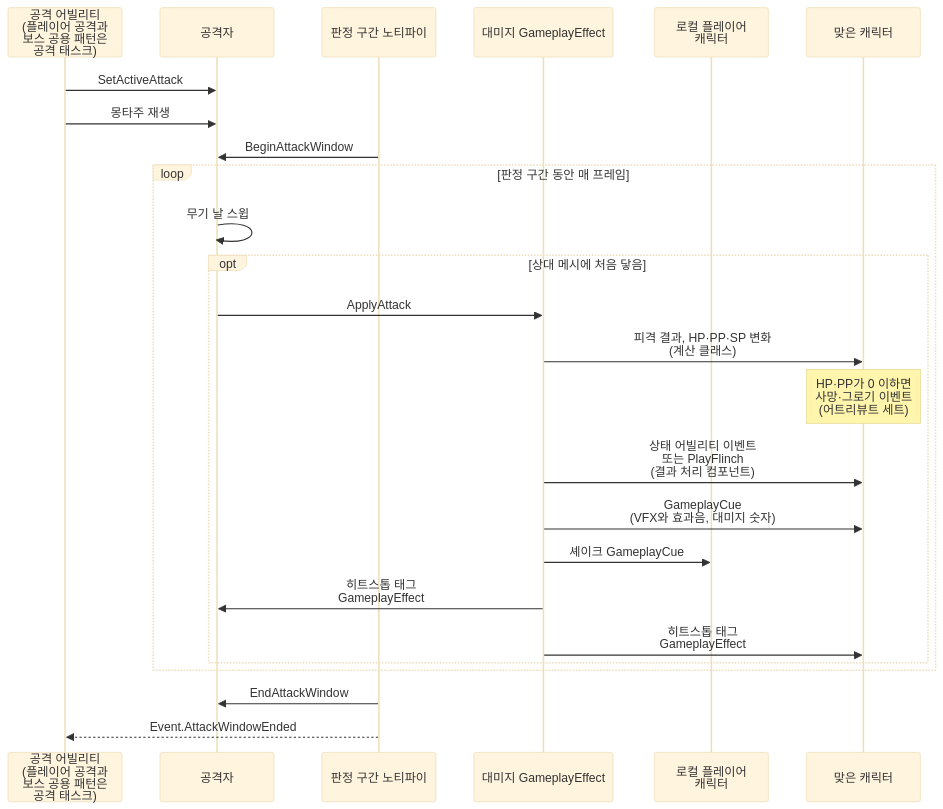
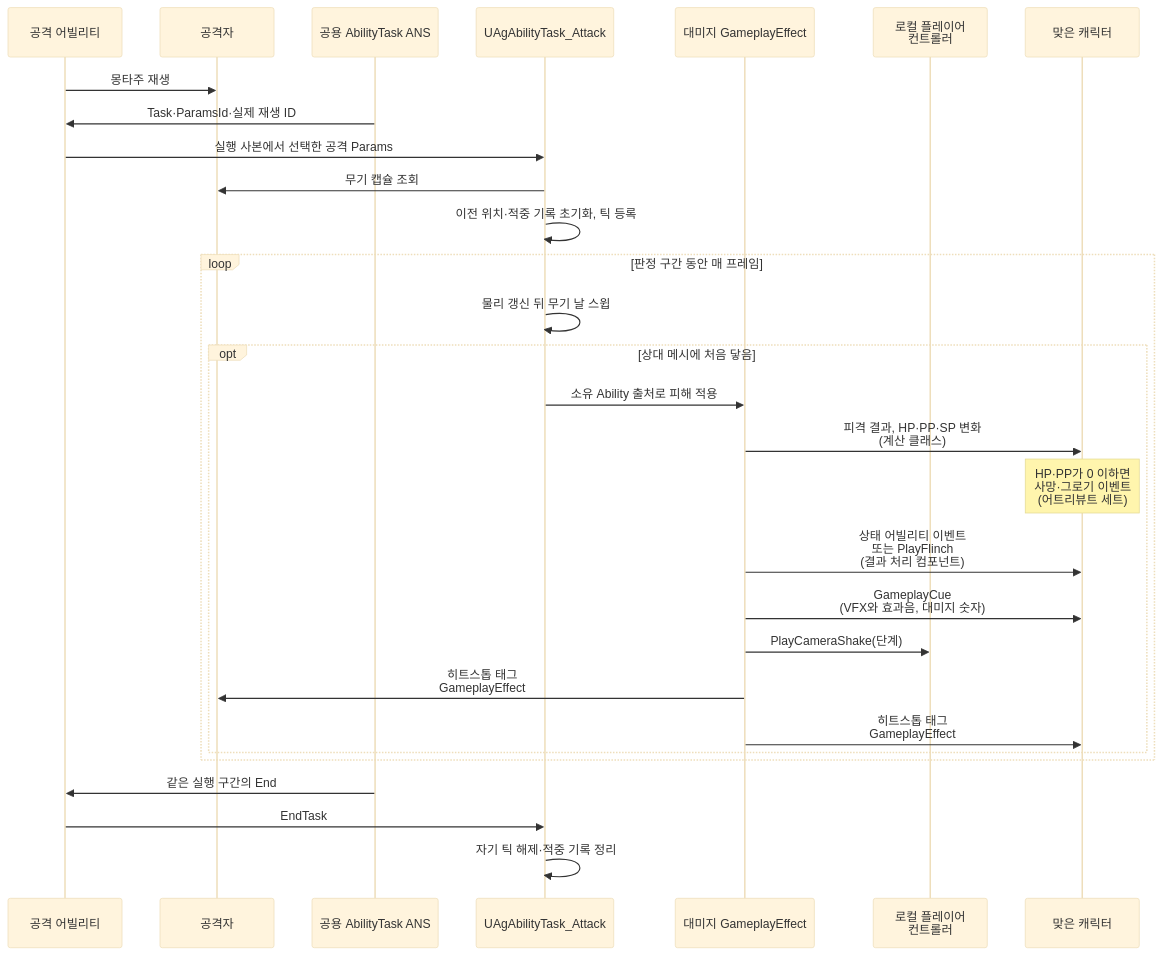
One commit to Woogl/Ag changed the third of 3 diagrams in Docs/Program/대미지와 피격 처리.md. Above: the diagram before and after it, drawn with Mermaid (base theme). The commit also changed other lines of this file and 241 other files, not shown here.

Commit message:
구현: 행동을 단일 어빌리티와 AbilityTask 기능으로 재구성

````diff
--- a/Docs/Program/대미지와 피격 처리.md
+++ b/Docs/Program/대미지와 피격 처리.md
@@ -74,27 +71,31 @@
 ```mermaid
 sequenceDiagram
-    participant GA as 공격 어빌리티<br>(플레이어 공격과<br>보스 공용 패턴은<br>공격 태스크)
+    participant GA as 공격 어빌리티
     participant A as 공격자
-    participant N as 판정 구간 노티파이
+    participant N as 공용 AbilityTask ANS
+    participant AT as UAgAbilityTask_Attack
     participant G as 대미지 GameplayEffect
-    participant P as 로컬 플레이어<br>캐릭터
+    participant P as 로컬 플레이어<br>컨트롤러
     participant T as 맞은 캐릭터
-    GA->>A: SetActiveAttack
     GA->>A: 몽타주 재생
-    N->>A: BeginAttackWindow
+    N->>GA: Task·ParamsId·실제 재생 ID
+    GA->>AT: 실행 사본에서 선택한 공격 Params
+    AT->>A: 무기 캡슐 조회
+    AT->>AT: 이전 위치·적중 기록 초기화, 틱 등록
     loop 판정 구간 동안 매 프레임
-        A->>A: 무기 날 스윕
+        AT->>AT: 물리 갱신 뒤 무기 날 스윕
         opt 상대 메시에 처음 닿음
-            A->>G: ApplyAttack
+            AT->>G: 소유 Ability 출처로 피해 적용
             G->>T: 피격 결과, HP·PP·SP 변화<br>(계산 클래스)
             Note over T: HP·PP가 0 이하면<br>사망·그로기 이벤트<br>(어트리뷰트 세트)
             G->>T: 상태 어빌리티 이벤트<br>또는 PlayFlinch<br>(결과 처리 컴포넌트)
             G->>T: GameplayCue<br>(VFX와 효과음, 대미지 숫자)
-            G->>P: 셰이크 GameplayCue
+            G->>P: PlayCameraShake(단계)
             G->>A: 히트스톱 태그<br>GameplayEffect
             G->>T: 히트스톱 태그<br>GameplayEffect
         end
     end
-    N->>A: EndAttackWindow
-    N-->>GA: Event.AttackWindowEnded
+    N->>GA: 같은 실행 구간의 End
+    GA->>AT: EndTask
+    AT->>AT: 자기 틱 해제·적중 기록 정리
 ```
````
